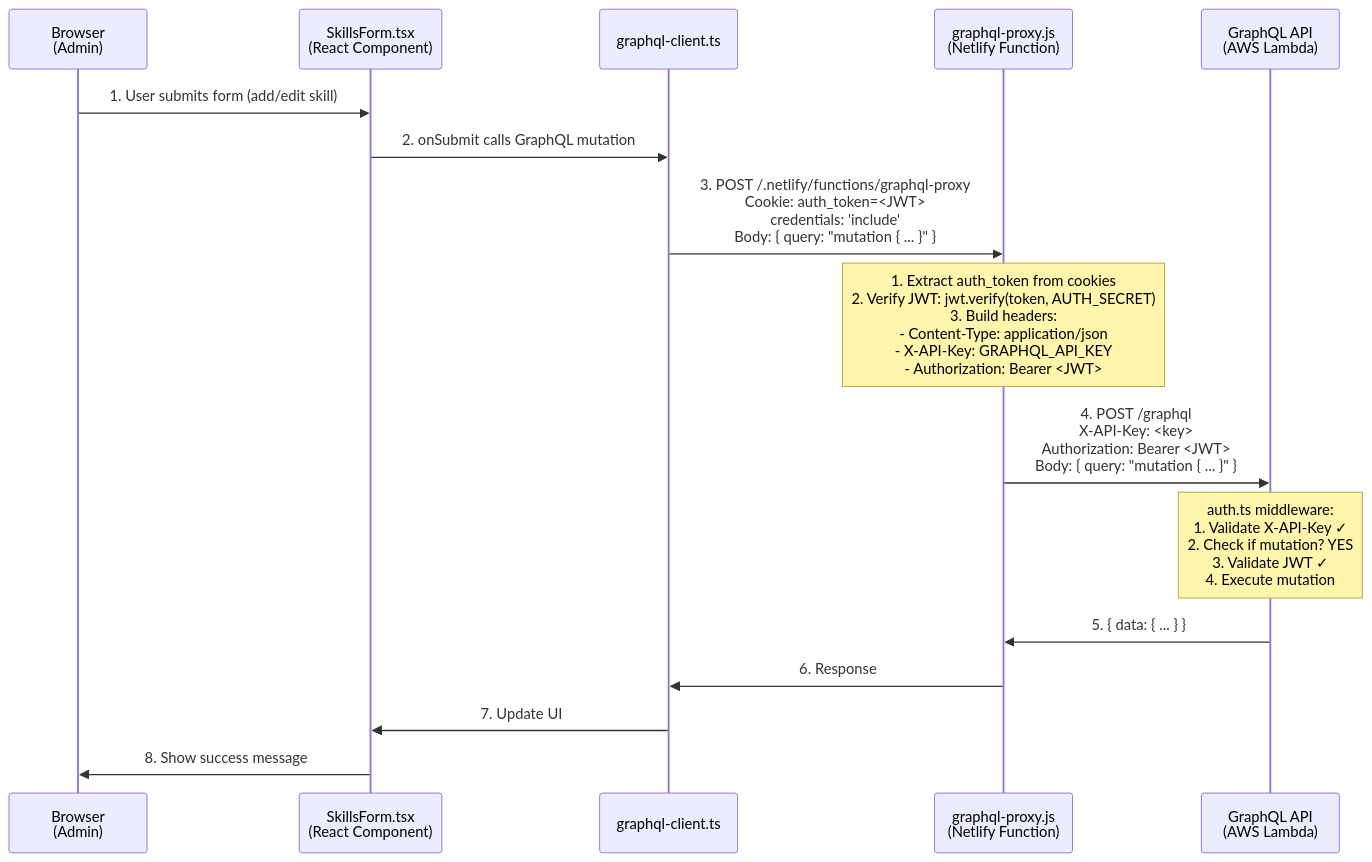
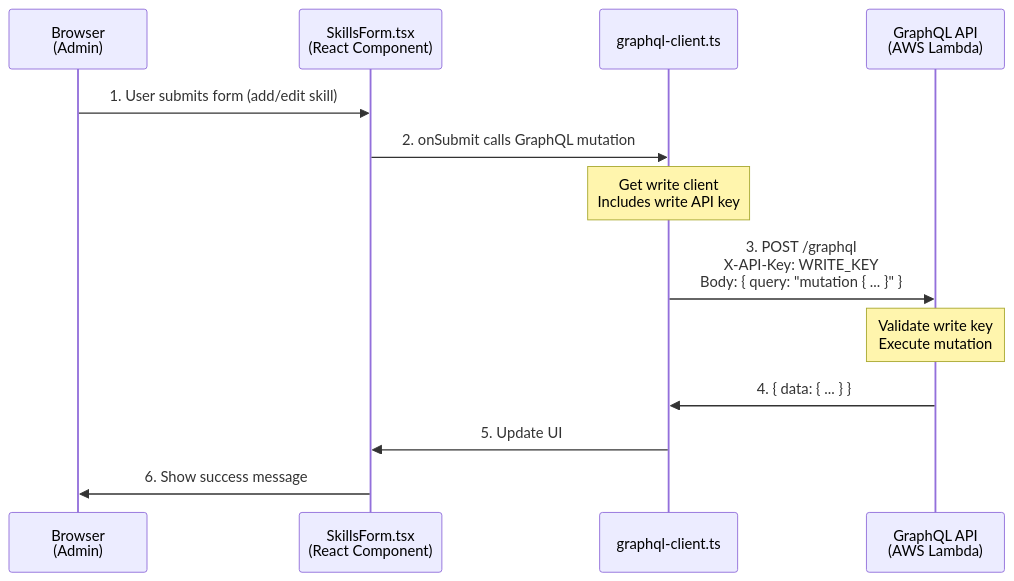
Before and after one commit to roadlittledawn/portfolio-site: the sixth of 6 diagrams in docs/auth-flow-diagram.md, drawn with Mermaid. The commit also changed other lines of this file and 4 other files, not shown here.

Commit message:
Remove GraphQL proxy function and update documentation

````diff
--- a/docs/auth-flow-diagram.md
+++ b/docs/auth-flow-diagram.md
@@ -163,23 +164,20 @@
 ```mermaid
 sequenceDiagram
     participant Browser as Browser<br/>(Admin)
     participant Form as SkillsForm.tsx<br/>(React Component)
     participant Client as graphql-client.ts
-    participant Proxy as graphql-proxy.js<br/>(Netlify Function)
     participant API as GraphQL API<br/>(AWS Lambda)
     
     Browser->>Form: 1. User submits form (add/edit skill)
     Form->>Client: 2. onSubmit calls GraphQL mutation
-    Client->>Proxy: 3. POST /.netlify/functions/graphql-proxy<br/>Cookie: auth_token=<JWT><br/>credentials: 'include'<br/>Body: { query: "mutation { ... }" }
     
-    Note over Proxy: 1. Extract auth_token from cookies<br/>2. Verify JWT: jwt.verify(token, AUTH_SECRET)<br/>3. Build headers:<br/>- Content-Type: application/json<br/>- X-API-Key: GRAPHQL_API_KEY<br/>- Authorization: Bearer <JWT>
+    Note over Client: Get write client<br/>Includes write API key
     
-    Proxy->>API: 4. POST /graphql<br/>X-API-Key: <key><br/>Authorization: Bearer <JWT><br/>Body: { query: "mutation { ... }" }
+    Client->>API: 3. POST /graphql<br/>X-API-Key: WRITE_KEY<br/>Body: { query: "mutation { ... }" }
     
-    Note over API: auth.ts middleware:<br/>1. Validate X-API-Key ✓<br/>2. Check if mutation? YES<br/>3. Validate JWT ✓<br/>4. Execute mutation
+    Note over API: Validate write key<br/>Execute mutation
     
-    API->>Proxy: 5. { data: { ... } }
-    Proxy->>Client: 6. Response
-    Client->>Form: 7. Update UI
-    Form->>Browser: 8. Show success message
+    API->>Client: 4. { data: { ... } }
+    Client->>Form: 5. Update UI
+    Form->>Browser: 6. Show success message
 ```
````
